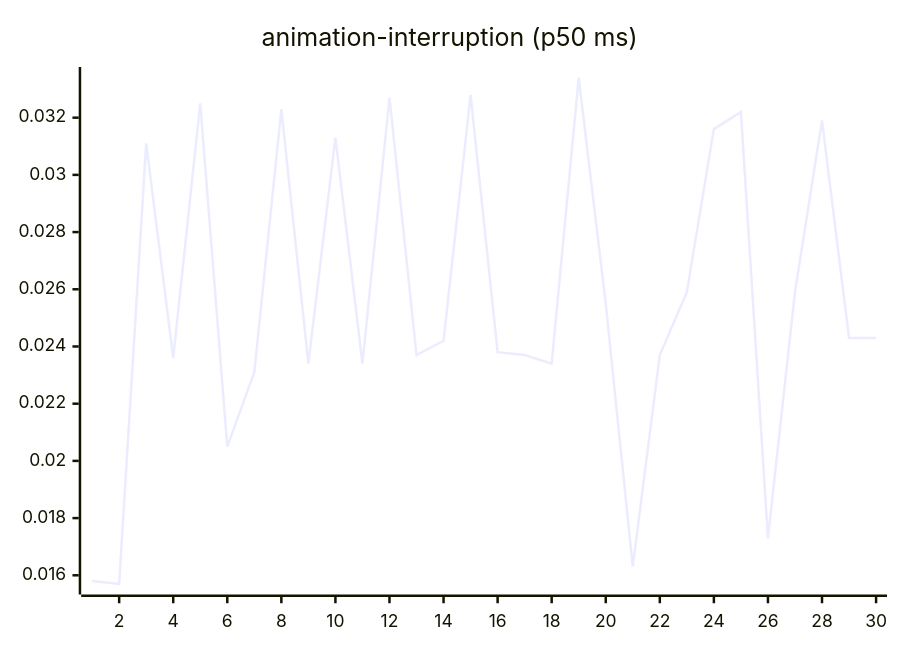
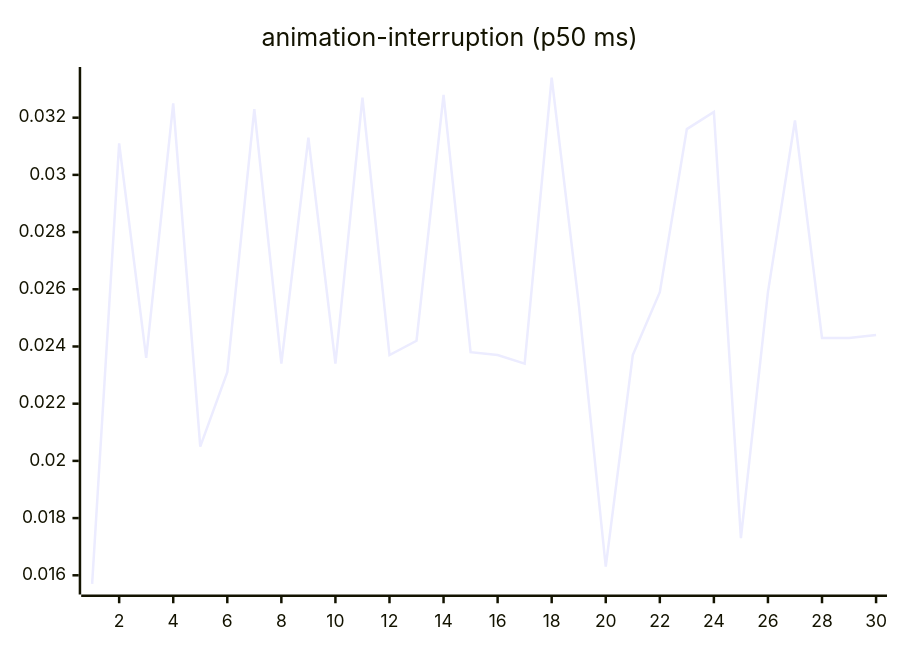
Before and after one commit to josha/Facet: the third of 27 diagrams in README.md, drawn with Mermaid. The commit also changed other lines of this file and 2 other files, not shown here.

````diff
--- a/README.md
+++ b/README.md
@@ -77,6 +77,6 @@
 ```mermaid
 xychart-beta
     title "animation-interruption (p50 ms)"
     x-axis 1 --> 30
-    line [0.0158, 0.0157, 0.0311, 0.0236, 0.0325, 0.0205, 0.0231, 0.0323, 0.0234, 0.0313, 0.0234, 0.0327, 0.0237, 0.0242, 0.0328, 0.0238, 0.0237, 0.0234, 0.0334, 0.0255, 0.0163, 0.0237, 0.0259, 0.0316, 0.0322, 0.0173, 0.0259, 0.0319, 0.0243, 0.0243]
+    line [0.0157, 0.0311, 0.0236, 0.0325, 0.0205, 0.0231, 0.0323, 0.0234, 0.0313, 0.0234, 0.0327, 0.0237, 0.0242, 0.0328, 0.0238, 0.0237, 0.0234, 0.0334, 0.0255, 0.0163, 0.0237, 0.0259, 0.0316, 0.0322, 0.0173, 0.0259, 0.0319, 0.0243, 0.0243, 0.0244]
 ```
````
